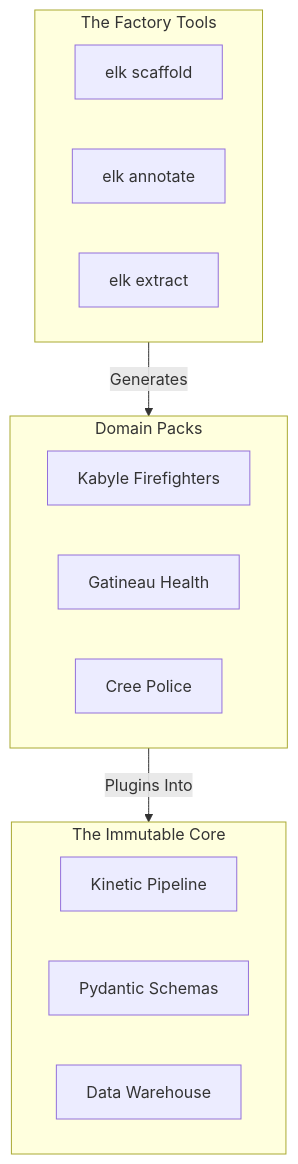
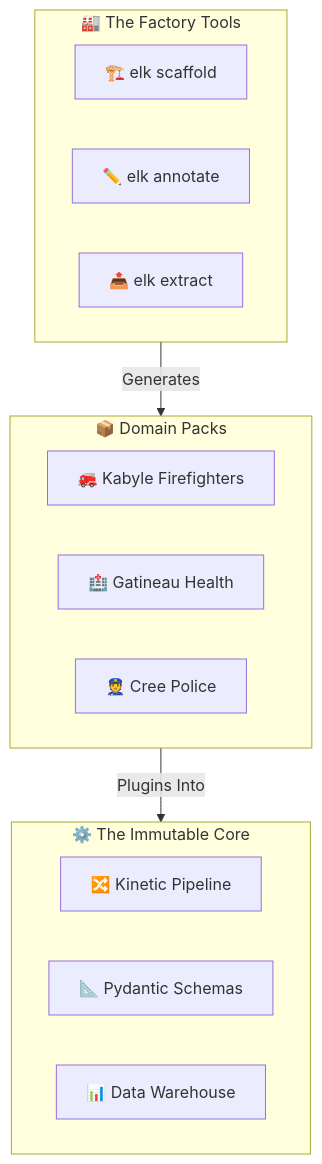
The second of 3 diagrams in README.md (rayantr06/emergency-lang-kit), drawn with Mermaid before and after one commit. The commit also changed other lines of this file, not shown here.

Commit message:
style(docs): add descriptive emojis to Mermaid diagrams for better clarity

````diff
--- a/README.md
+++ b/README.md
@@ -68,23 +68,23 @@
 ```mermaid
 graph TD
-    subgraph KERNEL["The Immutable Core"]
-        Pipeline[Kinetic Pipeline]
-        Ontology[Pydantic Schemas]
-        Analytics[Data Warehouse]
+    subgraph KERNEL["⚙️ The Immutable Core"]
+        Pipeline["🔀 Kinetic Pipeline"]
+        Ontology["📐 Pydantic Schemas"]
+        Analytics["📊 Data Warehouse"]
     end
 
-    subgraph FACTORY["The Factory Tools"]
-        Scaffold[elk scaffold]
-        Annotate[elk annotate]
-        Extract[elk extract]
+    subgraph FACTORY["🏭 The Factory Tools"]
+        Scaffold["🏗️ elk scaffold"]
+        Annotate["✏️ elk annotate"]
+        Extract["📤 elk extract"]
     end
 
-    subgraph PACKS["Domain Packs"]
-        P1[Kabyle Firefighters]
-        P2[Gatineau Health]
-        P3[Cree Police]
+    subgraph PACKS["📦 Domain Packs"]
+        P1["🚒 Kabyle Firefighters"]
+        P2["🏥 Gatineau Health"]
+        P3["👮 Cree Police"]
     end
 
     FACTORY -- "Generates" --> PACKS
     PACKS -- "Plugins Into" --> KERNEL
 ```
````
